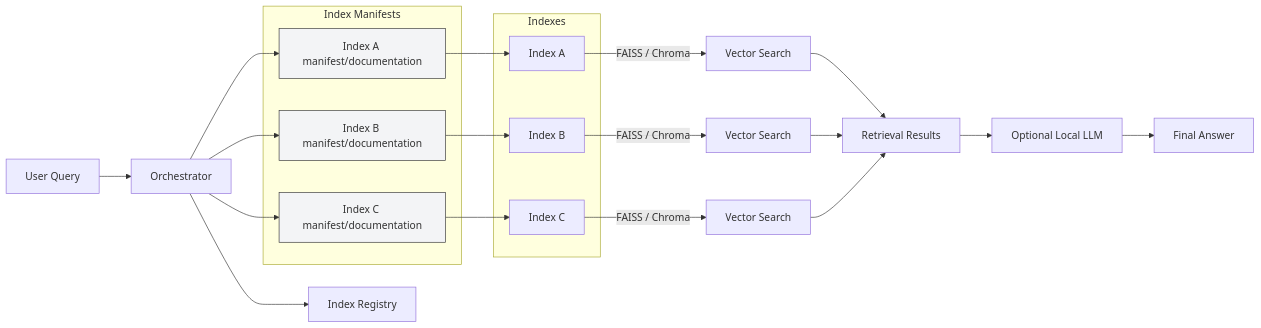
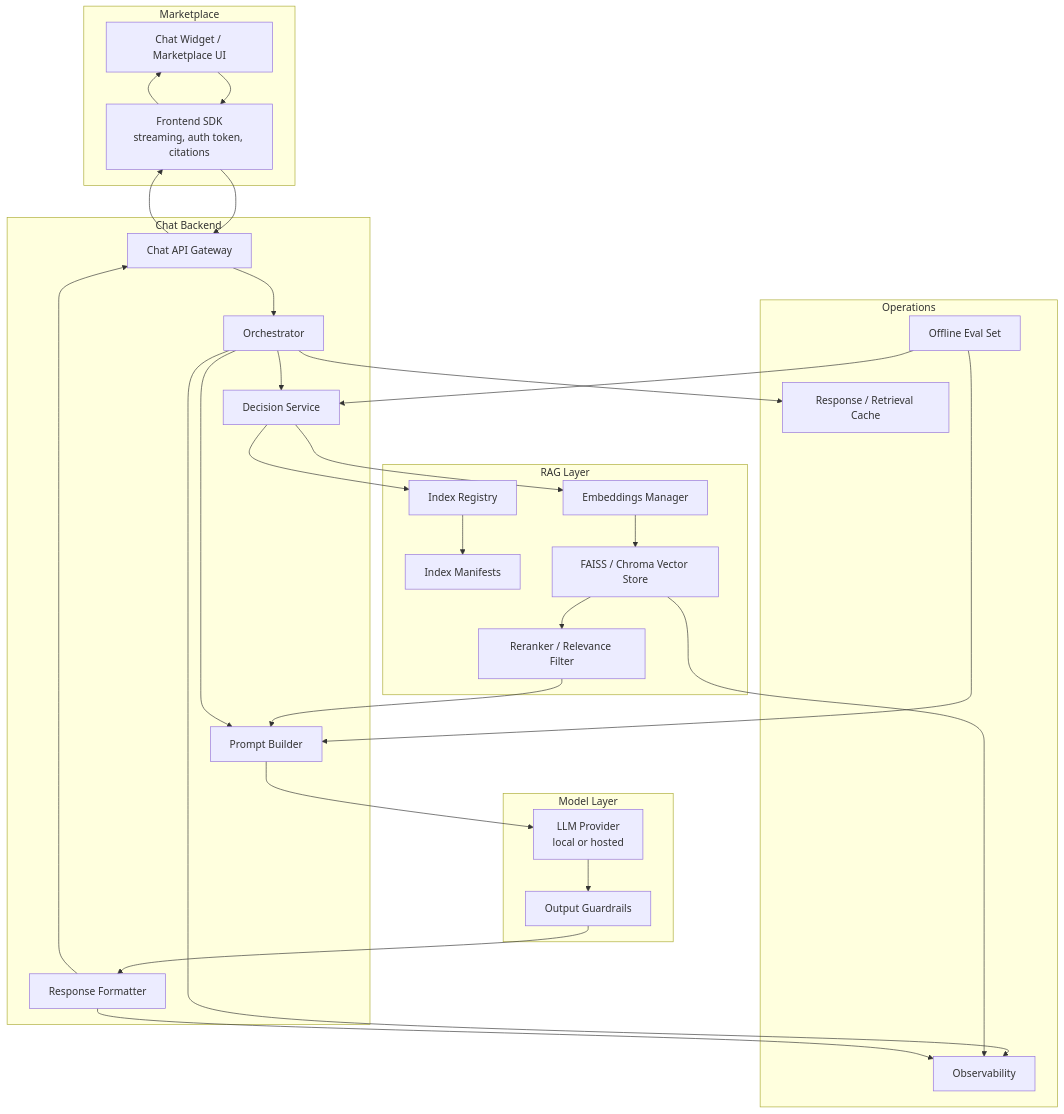
Before and after one commit to rajaprakash31/financial-rag: the third of 4 diagrams in docs/framework_diagram.md, drawn with Mermaid. The commit also changed other lines of this file, not shown here.

````diff
--- a/docs/framework_diagram.md
+++ b/docs/framework_diagram.md
@@ -3,37 +130,55 @@
 ```mermaid
-flowchart LR
-    U[User Query] --> O[Orchestrator]
-    O --> R[Index Registry]
-    subgraph Index Manifests
-        M1[Index A manifest/documentation]
-        M2[Index B manifest/documentation]
-        M3[Index C manifest/documentation]
-    end
-    O --> M1
-    O --> M2
-    O --> M3
-
-    subgraph Indexes
-        A[Index A]
-        B[Index B]
-        C[Index C]
+flowchart TB
+    subgraph Marketplace
+        UI[Chat Widget / Marketplace UI]
+        SDK[Frontend SDK<br/>streaming, auth token, citations]
     end
 
-    M1 --> A
-    M2 --> B
-    M3 --> C
+    subgraph Chat Backend
+        API[Chat API Gateway]
+        ORCH[Orchestrator]
+        DECIDE[Decision Service]
+        PROMPT[Prompt Builder]
+        FORMAT[Response Formatter]
+    end
 
-    A -->|FAISS / Chroma| VA[Vector Search]
-    B -->|FAISS / Chroma| VB[Vector Search]
-    C -->|FAISS / Chroma| VC[Vector Search]
+    subgraph RAG Layer
+        REG[Index Registry]
+        MANIFEST[Index Manifests]
+        EMBED[Embeddings Manager]
+        VECTOR[FAISS / Chroma Vector Store]
+        RERANK[Reranker / Relevance Filter]
+    end
 
-    VA --> RQ[Retrieval Results]
-    VB --> RQ
-    VC --> RQ
+    subgraph Model Layer
+        LLM[LLM Provider<br/>local or hosted]
+        GUARD[Output Guardrails]
+    end
 
-    RQ --> LLM[Optional Local LLM]
-    LLM --> Answer[Final Answer]
+    subgraph Operations
+        OBS[Observability]
+        CACHE[Response / Retrieval Cache]
+        EVAL[Offline Eval Set]
+    end
 
-    classDef title fill:#f3f4f6,stroke:#333,stroke-width:1px;
-    class M1,M2,M3 title;
+    UI --> SDK --> API --> ORCH
+    ORCH --> DECIDE
+    DECIDE --> REG
+    REG --> MANIFEST
+    DECIDE --> EMBED
+    EMBED --> VECTOR
+    VECTOR --> RERANK
+    RERANK --> PROMPT
+    ORCH --> PROMPT
+    PROMPT --> LLM
+    LLM --> GUARD
+    GUARD --> FORMAT
+    FORMAT --> API --> SDK --> UI
+
+    ORCH --> CACHE
+    ORCH --> OBS
+    VECTOR --> OBS
+    FORMAT --> OBS
+    EVAL --> DECIDE
+    EVAL --> PROMPT
 ```
````
